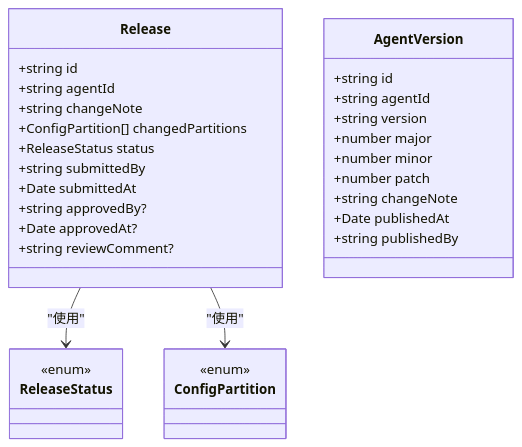
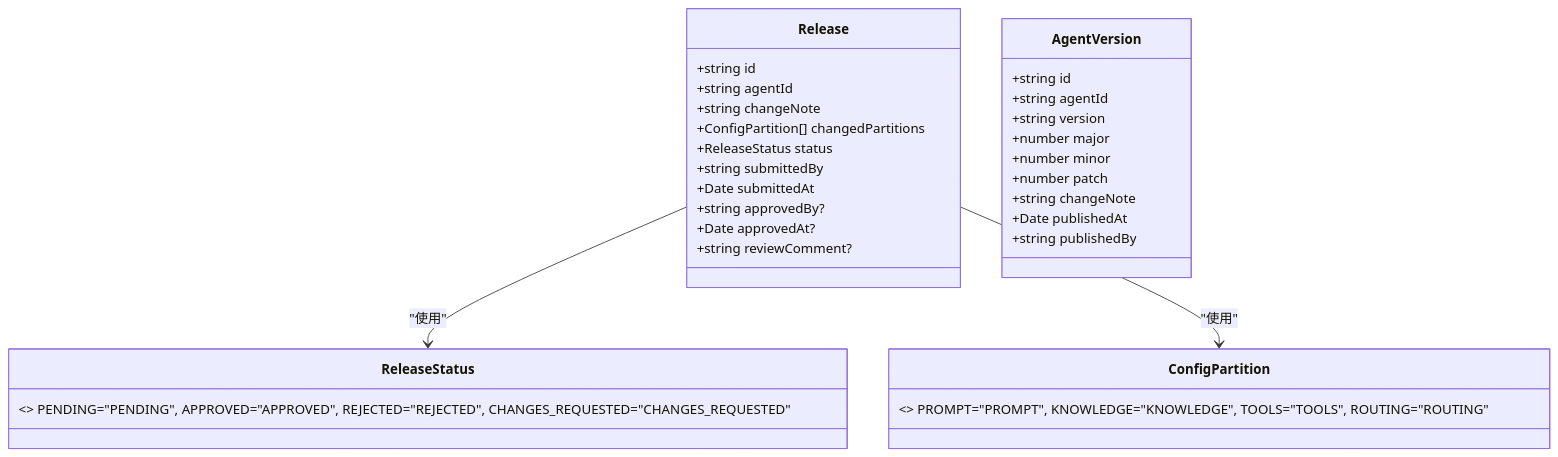
One commit to ai-guru-global/agent-up changed the fifth of 10 diagrams in .qoder/repowiki/zh/content/共享包开发/Shared Types 包.md. Above: the diagram before and after it, drawn with Mermaid. The commit also changed other lines of this file and 57 other files, not shown here.

````diff
--- a/.qoder/repowiki/zh/content/共享包开发/Shared Types 包.md
+++ b/.qoder/repowiki/zh/content/共享包开发/Shared Types 包.md
@@ -264,30 +283,30 @@
 ```mermaid
 classDiagram
 class Release {
 +string id
 +string agentId
 +string changeNote
 +ConfigPartition[] changedPartitions
 +ReleaseStatus status
 +string submittedBy
 +Date submittedAt
 +string approvedBy?
 +Date approvedAt?
 +string reviewComment?
 }
-class ReleaseStatus { <<enum>> }
+class ReleaseStatus { <<enum>> PENDING="PENDING", APPROVED="APPROVED", REJECTED="REJECTED", CHANGES_REQUESTED="CHANGES_REQUESTED" }
 class AgentVersion {
 +string id
 +string agentId
 +string version
 +number major
 +number minor
 +number patch
 +string changeNote
 +Date publishedAt
 +string publishedBy
 }
-class ConfigPartition { <<enum>> }
+class ConfigPartition { <<enum>> PROMPT="PROMPT", KNOWLEDGE="KNOWLEDGE", TOOLS="TOOLS", ROUTING="ROUTING" }
 Release --> ReleaseStatus : "使用"
 Release --> ConfigPartition : "使用"
 ```
````
